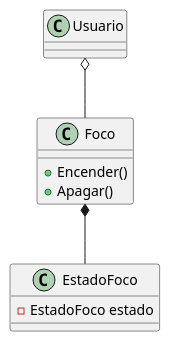
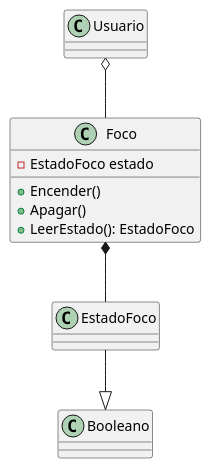
One commit to MarcosAguilarEvora/3E261-SegundoParcial changed the diagram in docs/foco.puml. Above: the diagram before and after it, drawn with PlantUML. The commit also changed 4 other files, not shown here.

```diff
--- a/docs/foco.puml
+++ b/docs/foco.puml
@@ -1,16 +1,19 @@
 @startuml foco
 
 class Usuario
+
 Class Foco{
+- EstadoFoco estado
 + Encender()
 + Apagar()
++ LeerEstado(): EstadoFoco
 }
 
-class EstadoFoco{
-- EstadoFoco estado
-}
+class EstadoFoco
+
 
 Usuario o-- Foco
 Foco *-- EstadoFoco
+EstadoFoco --|> Booleano
 
 @enduml
```
